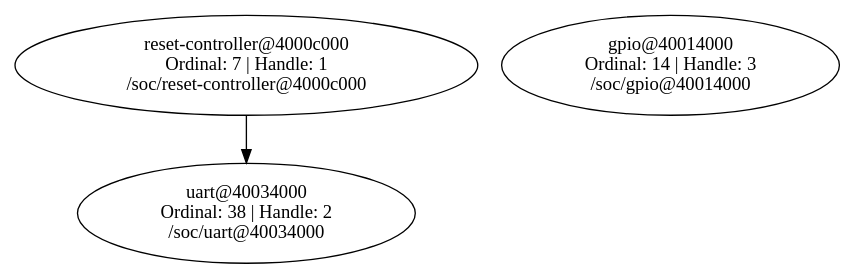
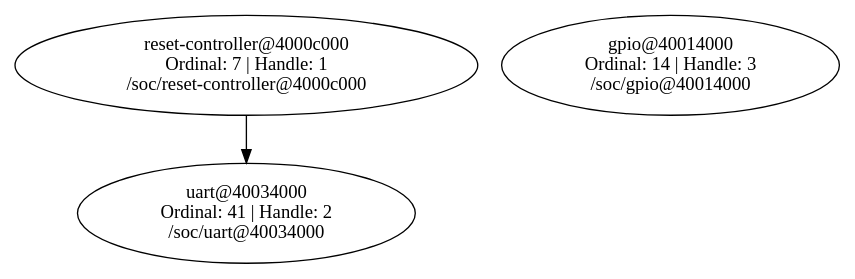
Before and after one commit to Diseno-electronico-2023-1/evse-rp2040-hardware: the diagram in echo_bot/build/zephyr/dev_graph.dot, drawn with Graphviz. The commit also changed 1076 other files, not shown here.

```diff
--- a/echo_bot/build/zephyr/dev_graph.dot
+++ b/echo_bot/build/zephyr/dev_graph.dot
@@ -1,7 +1,7 @@
-// C:/Users/sergi/zephyrproject/evse-rp2040-hardware/echo_bot/build/zephyr/zephyr_pre0.elf
+// C:/Users/ediso/zephyrproject/evse-rp2040-hardware/echo_bot/build/zephyr/zephyr_pre0.elf
 digraph "Device dependency graph" {
 	7 [label="reset-controller@4000c000\nOrdinal: 7 | Handle: 1\n/soc/reset-controller@4000c000"]
-	38 [label="uart@40034000\nOrdinal: 38 | Handle: 2\n/soc/uart@40034000"]
+	41 [label="uart@40034000\nOrdinal: 41 | Handle: 2\n/soc/uart@40034000"]
 	14 [label="gpio@40014000\nOrdinal: 14 | Handle: 3\n/soc/gpio@40014000"]
-	7 -> 38
+	7 -> 41
 }
```
